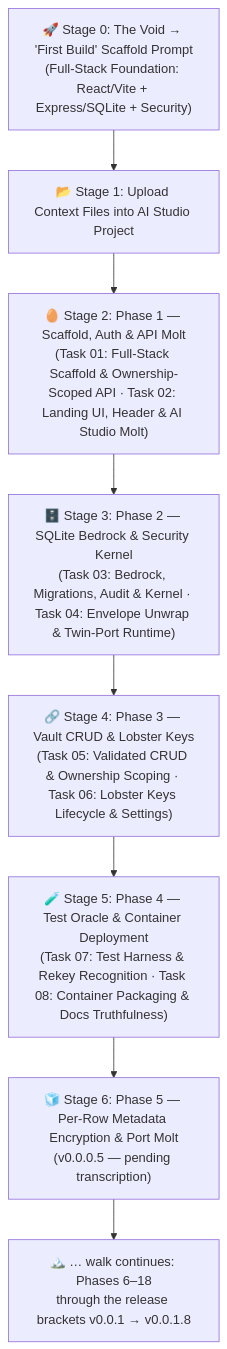
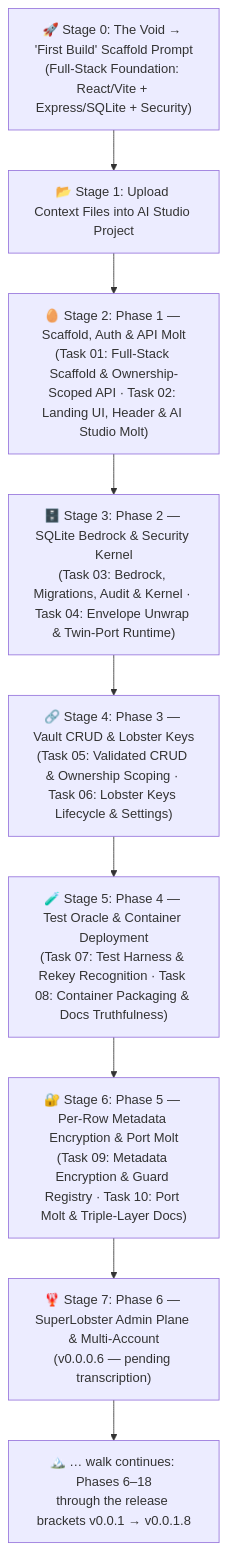
The diagram in project/meta-prompt-ai-studio.md (ClawStackStudios/ShellGuard), drawn with Mermaid before and after one commit. The commit also changed other lines of this file and 2 other files, not shown here.

First line of the commit message:
docs: transcribe Phase 5 - Per-Row Metadata Encryption & Port Molt

````diff
--- a/project/meta-prompt-ai-studio.md
+++ b/project/meta-prompt-ai-studio.md
@@ -16,19 +16,21 @@
 ```mermaid
 flowchart TD
     Step0["🚀 Stage 0: The Void → 'First Build' Scaffold Prompt<br/>(Full-Stack Foundation: React/Vite + Express/SQLite + Security)"]
     UploadContext["📂 Stage 1: Upload Context Files into AI Studio Project"]
     Phase1["🥚 Stage 2: Phase 1 — Scaffold, Auth & API Molt<br/>(Task 01: Full-Stack Scaffold & Ownership-Scoped API · Task 02: Landing UI, Header & AI Studio Molt)"]
     Phase2["🗄️ Stage 3: Phase 2 — SQLite Bedrock & Security Kernel<br/>(Task 03: Bedrock, Migrations, Audit & Kernel · Task 04: Envelope Unwrap & Twin-Port Runtime)"]
     Phase3["🔗 Stage 4: Phase 3 — Vault CRUD & Lobster Keys<br/>(Task 05: Validated CRUD & Ownership Scoping · Task 06: Lobster Keys Lifecycle & Settings)"]
     Phase4["🧪 Stage 5: Phase 4 — Test Oracle & Container Deployment<br/>(Task 07: Test Harness & Rekey Recognition · Task 08: Container Packaging & Docs Truthfulness)"]
-    Phase5["🧊 Stage 6: Phase 5 — Per-Row Metadata Encryption & Port Molt<br/>(v0.0.0.5 — pending transcription)"]
+    Phase5["🔐 Stage 6: Phase 5 — Per-Row Metadata Encryption & Port Molt<br/>(Task 09: Metadata Encryption & Guard Registry · Task 10: Port Molt & Triple-Layer Docs)"]
+    Phase6["🦞 Stage 7: Phase 6 — SuperLobster Admin Plane & Multi-Account<br/>(v0.0.0.6 — pending transcription)"]
     Summit["🏔️ … walk continues: Phases 6–18<br/>through the release brackets v0.0.1 → v0.0.1.8"]
 
     Step0 --> UploadContext
     UploadContext --> Phase1
     Phase1 --> Phase2
     Phase2 --> Phase3
     Phase3 --> Phase4
     Phase4 --> Phase5
-    Phase5 --> Summit
+    Phase5 --> Phase6
+    Phase6 --> Summit
 ```
````
